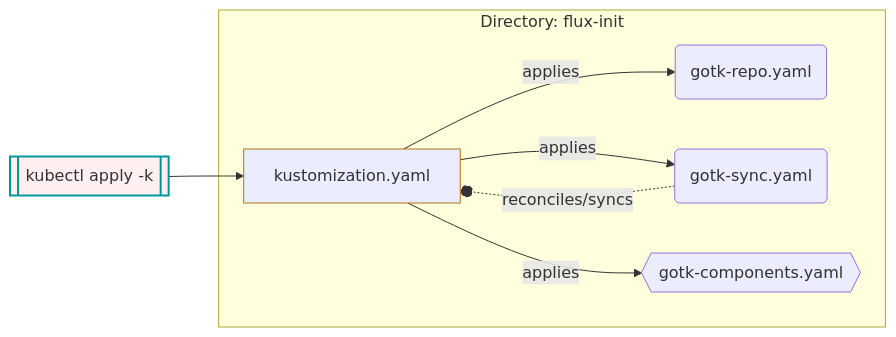
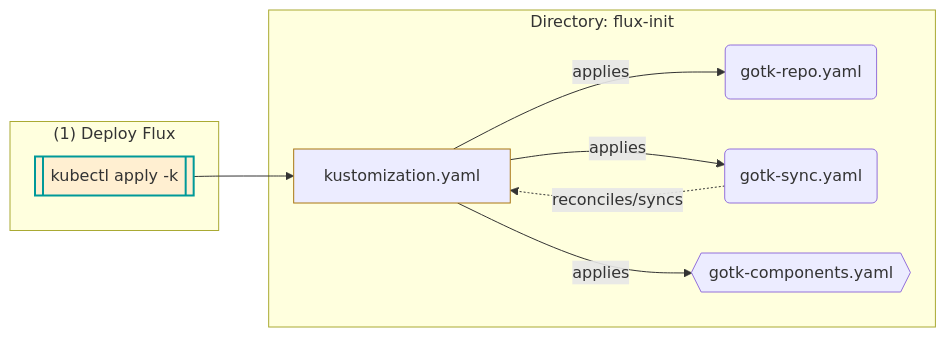
The second of 4 diagrams in docs/FluxDirStructure.md (retaildevcrews/ngsa-asb), drawn with Mermaid before and after one commit. The commit also changed other lines of this file, not shown here.

Commit message:
Small modification to Flowchart

````diff
--- a/docs/FluxDirStructure.md
+++ b/docs/FluxDirStructure.md
@@ -99,14 +101,18 @@
 ```mermaid
 flowchart LR
     classDef k8s stroke:#a71
     classDef other stroke:#691
     classDef start fill:#f121,stroke:#099,stroke-width:2px;
     apply[["kubectl apply -k"]]:::start --> k8skust[kustomization.yaml]:::k8s
 
     subgraph "Directory: flux-init"
         k8skust -->|applies| repo(gotk-repo.yaml)
         k8skust -->|applies| sync(gotk-sync.yaml)
         k8skust -->|applies| comp{{gotk-components.yaml}}
-        sync    -.reconciles/syncs.-o k8skust
+        sync    -.reconciles/syncs.-> k8skust
+    end
+
+    subgraph "(1) Deploy Flux"
+        apply
     end
 ```
````
